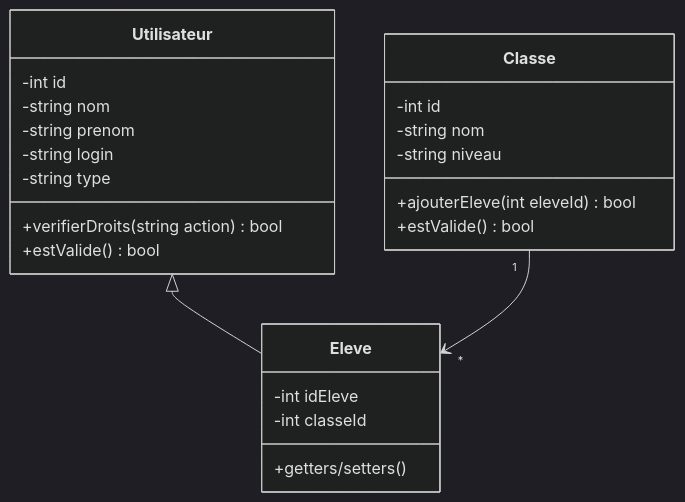
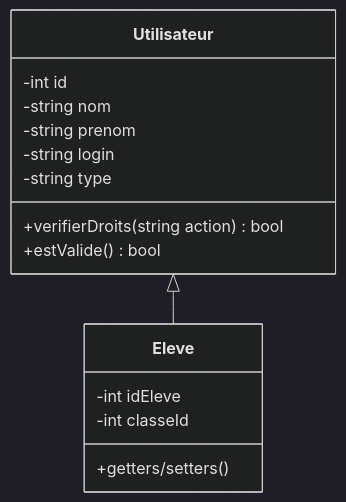
One commit to sorooty/PROJET-ECOSYSTEM-ERP changed the first of 4 diagrams in README.md. Above: the diagram before and after it, drawn with Mermaid (dark theme). The commit also changed other lines of this file and 1 other file, not shown here.

````diff
--- a/README.md
+++ b/README.md
@@ -375,29 +375,20 @@
 ```mermaid
 classDiagram
     class Utilisateur {
         -int id
         -string nom
         -string prenom
         -string login
         -string type
         +verifierDroits(string action) bool
         +estValide() bool
     }
 
     class Eleve {
         -int idEleve
         -int classeId
         +getters/setters()
     }
 
-    class Classe {
-        -int id
-        -string nom
-        -string niveau
-        +ajouterEleve(int eleveId) bool
-        +estValide() bool
-    }
-
     Utilisateur <|-- Eleve
-    Classe "1" --> "*" Eleve
 ```
````
